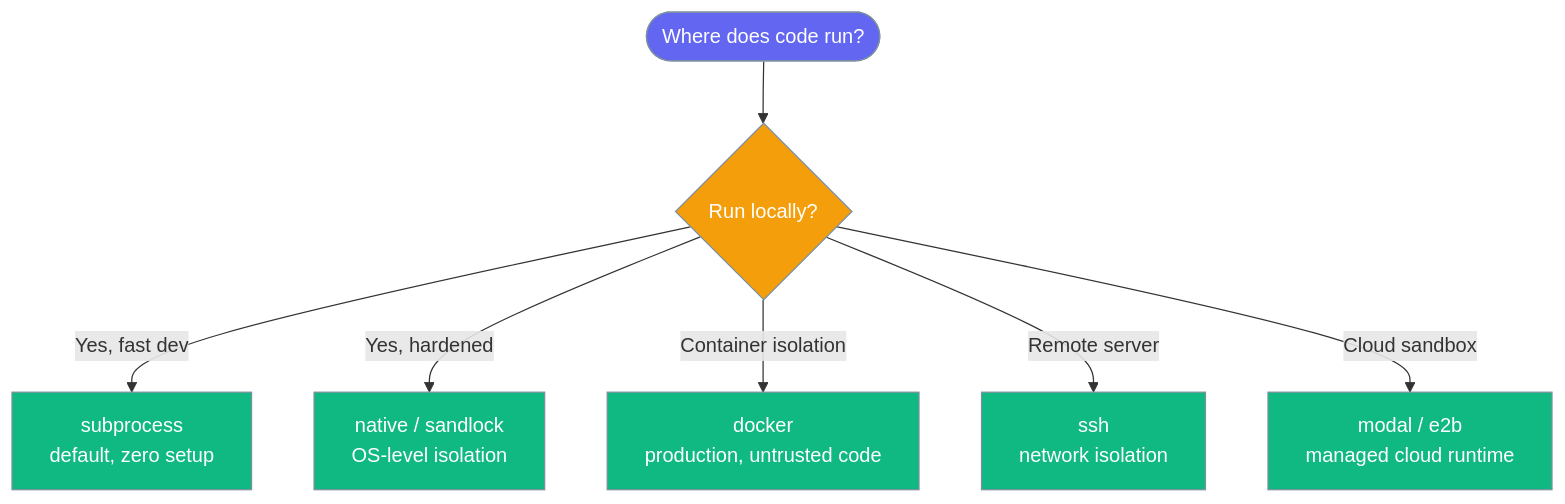
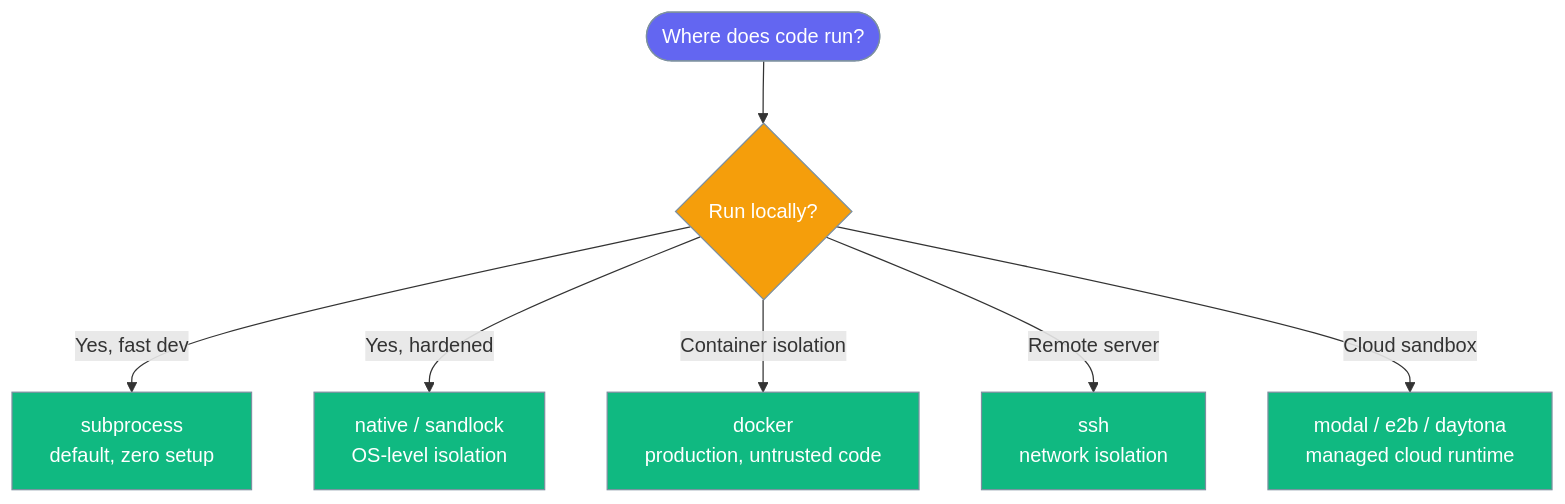
Before and after one commit to MervinPraison/PraisonAIDocs: the third of 6 diagrams in docs/features/sandbox-backends.mdx, drawn with Mermaid. The commit also changed other lines of this file and 15 other files, not shown here.

````diff
--- a/docs/features/sandbox-backends.mdx
+++ b/docs/features/sandbox-backends.mdx
@@ -130,17 +130,17 @@
 ```mermaid
 graph TB
     Start([Where does code run?]) --> Q1{Run locally?}
     Q1 -->|Yes, fast dev| A[subprocess<br/>default, zero setup]
     Q1 -->|Yes, hardened| B[native / sandlock<br/>OS-level isolation]
     Q1 -->|Container isolation| C[docker<br/>production, untrusted code]
     Q1 -->|Remote server| D[ssh<br/>network isolation]
-    Q1 -->|Cloud sandbox| E[modal / e2b<br/>managed cloud runtime]
+    Q1 -->|Cloud sandbox| E[modal / e2b / daytona<br/>managed cloud runtime]
 
     classDef start fill:#6366F1,stroke:#7C90A0,color:#fff
     classDef question fill:#F59E0B,stroke:#7C90A0,color:#fff
     classDef answer fill:#10B981,stroke:#7C90A0,color:#fff
 
     class Start start
     class Q1 question
     class A,B,C,D,E answer
 ```
````
